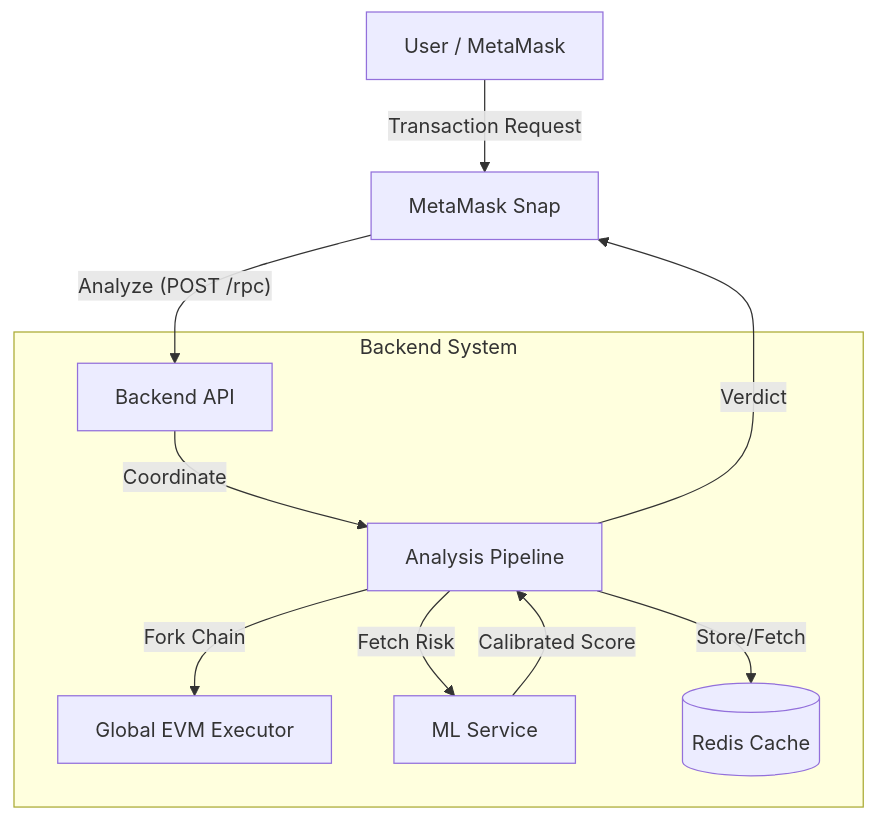
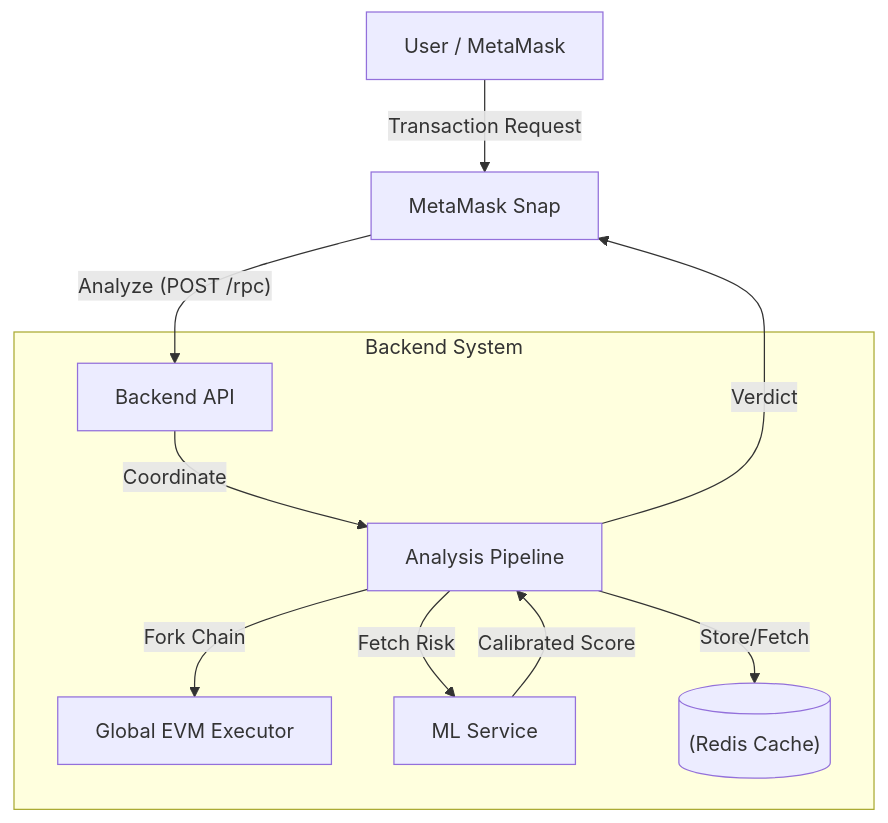
Before and after one commit to ThelastC0debenders/khacks-finals: the diagram in README.md, drawn with Mermaid. The commit also changed 1 other file, not shown here.

Commit message:
docs : Fix diagram rendering issues

````diff
--- a/README.md
+++ b/README.md
@@ -83,15 +83,15 @@
 ```mermaid
 graph TD
-    User[User / MetaMask] -->|"Transaction Request"| Snap[MetaMask Snap]
-    Snap -->|"Analyze (POST /rpc)"| Backend[Backend API]
+    User["User / MetaMask"] -->|"Transaction Request"| Snap["MetaMask Snap"]
+    Snap -->|"Analyze (POST /rpc)"| Backend["Backend API"]
     
     subgraph Backend System
-        Backend -->|Coordinate| Pipeline[Analysis Pipeline]
-        Pipeline -->|"Fork Chain"| EVM[Global EVM Executor]
-        Pipeline -->|"Fetch Risk"| ML[ML Service]
-        Pipeline -->|"Store/Fetch"| Redis[(Redis Cache)]
+        Backend -->|Coordinate| Pipeline["Analysis Pipeline"]
+        Pipeline -->|"Fork Chain"| EVM["Global EVM Executor"]
+        Pipeline -->|"Fetch Risk"| ML["ML Service"]
+        Pipeline -->|"Store/Fetch"| Redis[("(Redis Cache)")]
     end
     
     ML -->|"Calibrated Score"| Pipeline
     Pipeline -->|Verdict| Snap
 ```
````
